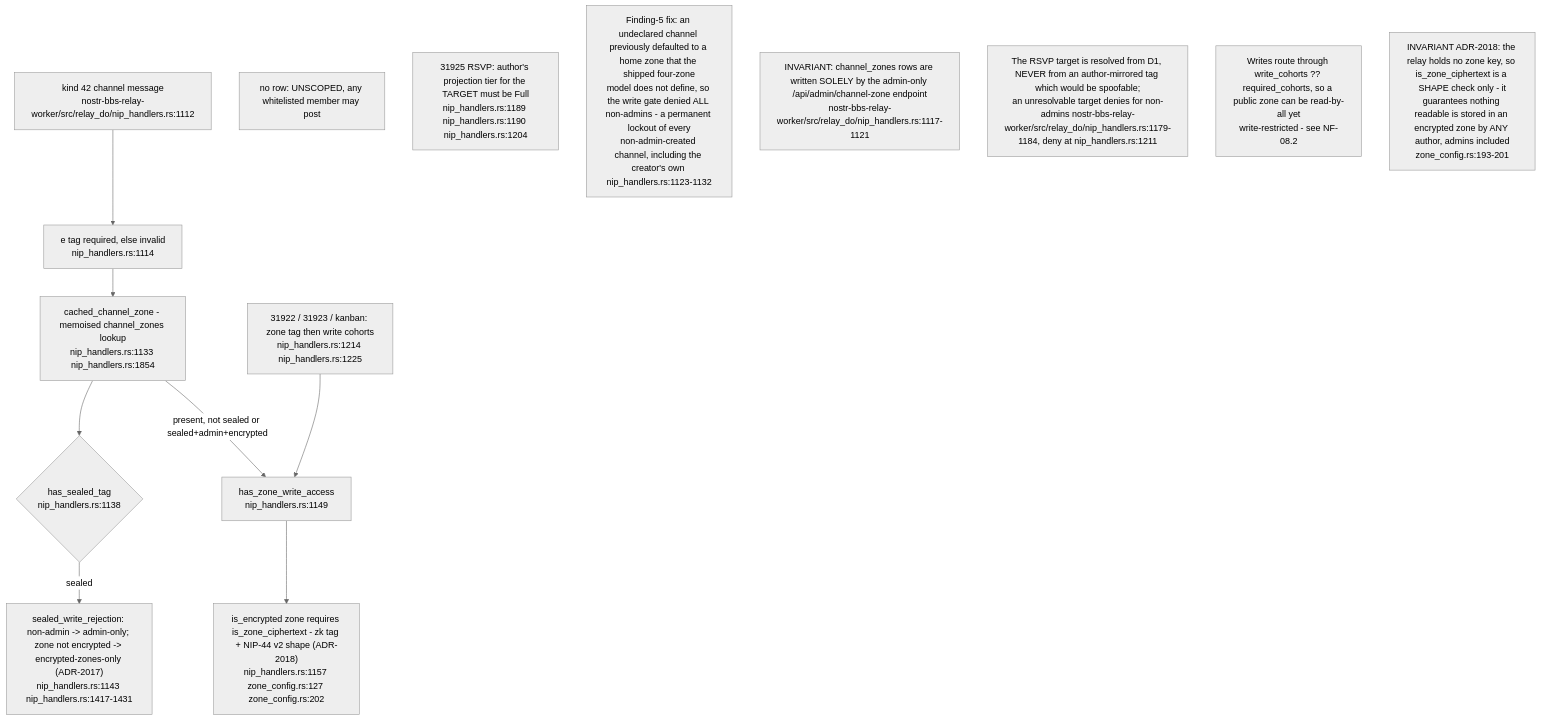
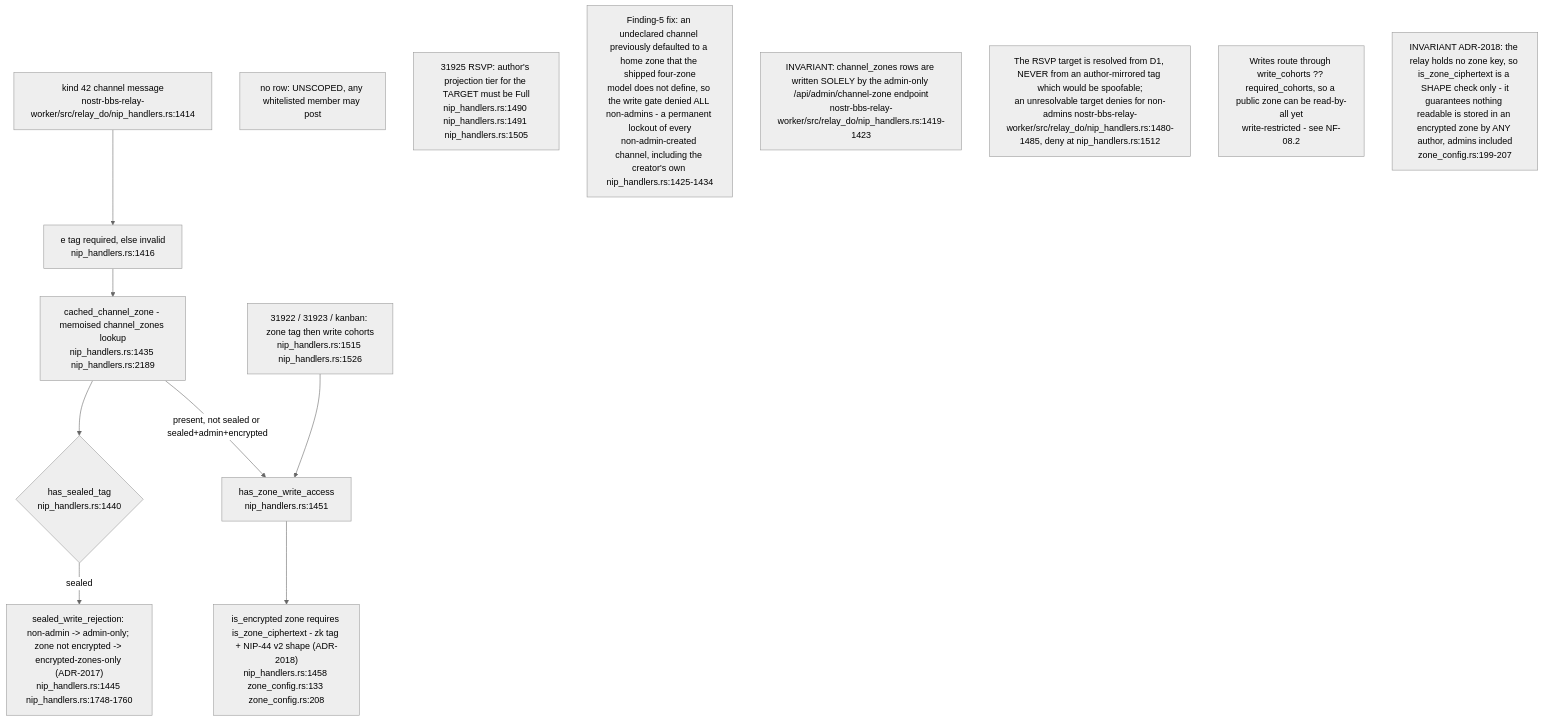
Diagram 12 of 14 in docs/diagrams/nostr-rust-forum/03-relay-worker-admission-auth-and-trust.md (DreamLab-AI/VisionFlow), drawn with Mermaid (neutral theme) before and after one commit. The commit also changed other lines of this file and 160 other files, not shown here.

````diff
--- a/docs/diagrams/nostr-rust-forum/03-relay-worker-admission-auth-and-trust.md
+++ b/docs/diagrams/nostr-rust-forum/03-relay-worker-admission-auth-and-trust.md
@@ -335,26 +351,26 @@
 ```mermaid
 flowchart TB
-    K42["kind 42 channel message<br/>nostr-bbs-relay-worker/src/relay_do/nip_handlers.rs:1112"]
-    ETAG["e tag required, else invalid<br/>nip_handlers.rs:1114"]
-    CZ["cached_channel_zone - memoised channel_zones lookup<br/>nip_handlers.rs:1133 nip_handlers.rs:1854"]
-    SEALED{"has_sealed_tag<br/>nip_handlers.rs:1138"}
-    SREJ["sealed_write_rejection: non-admin -> admin-only; zone not encrypted -> encrypted-zones-only (ADR-2017)<br/>nip_handlers.rs:1143 nip_handlers.rs:1417-1431"]
+    K42["kind 42 channel message<br/>nostr-bbs-relay-worker/src/relay_do/nip_handlers.rs:1414"]
+    ETAG["e tag required, else invalid<br/>nip_handlers.rs:1416"]
+    CZ["cached_channel_zone - memoised channel_zones lookup<br/>nip_handlers.rs:1435 nip_handlers.rs:2189"]
+    SEALED{"has_sealed_tag<br/>nip_handlers.rs:1440"}
+    SREJ["sealed_write_rejection: non-admin -> admin-only; zone not encrypted -> encrypted-zones-only (ADR-2017)<br/>nip_handlers.rs:1445 nip_handlers.rs:1748-1760"]
     UNSCOPED["no row: UNSCOPED, any whitelisted member may post"]
-    WGATE["has_zone_write_access<br/>nip_handlers.rs:1149"]
-    CIPHER["is_encrypted zone requires is_zone_ciphertext - zk tag + NIP-44 v2 shape (ADR-2018)<br/>nip_handlers.rs:1157 zone_config.rs:127 zone_config.rs:202"]
-    CAL["31922 / 31923 / kanban: zone tag then write cohorts<br/>nip_handlers.rs:1214 nip_handlers.rs:1225"]
-    RSVP["31925 RSVP: author's projection tier for the TARGET must be Full<br/>nip_handlers.rs:1189 nip_handlers.rs:1190 nip_handlers.rs:1204"]
+    WGATE["has_zone_write_access<br/>nip_handlers.rs:1451"]
+    CIPHER["is_encrypted zone requires is_zone_ciphertext - zk tag + NIP-44 v2 shape (ADR-2018)<br/>nip_handlers.rs:1458 zone_config.rs:133 zone_config.rs:208"]
+    CAL["31922 / 31923 / kanban: zone tag then write cohorts<br/>nip_handlers.rs:1515 nip_handlers.rs:1526"]
+    RSVP["31925 RSVP: author's projection tier for the TARGET must be Full<br/>nip_handlers.rs:1490 nip_handlers.rs:1491 nip_handlers.rs:1505"]
 
     K42 --> ETAG --> CZ
     CZ --> SEALED
     SEALED -->|"sealed"| SREJ
     CZ -->|"present, not sealed or sealed+admin+encrypted"| WGATE
     WGATE --> CIPHER
     CAL --> WGATE
 
-    N1["Finding-5 fix: an undeclared channel previously defaulted to a home zone that the shipped four-zone<br/>model does not define, so the write gate denied ALL non-admins - a permanent lockout of every<br/>non-admin-created channel, including the creator's own nip_handlers.rs:1123-1132"]
-    N2["INVARIANT: channel_zones rows are written SOLELY by the admin-only /api/admin/channel-zone endpoint<br/>nostr-bbs-relay-worker/src/relay_do/nip_handlers.rs:1117-1121"]
-    N3["The RSVP target is resolved from D1, NEVER from an author-mirrored tag which would be spoofable;<br/>an unresolvable target denies for non-admins nostr-bbs-relay-worker/src/relay_do/nip_handlers.rs:1179-1184, deny at nip_handlers.rs:1211"]
+    N1["Finding-5 fix: an undeclared channel previously defaulted to a home zone that the shipped four-zone<br/>model does not define, so the write gate denied ALL non-admins - a permanent lockout of every<br/>non-admin-created channel, including the creator's own nip_handlers.rs:1425-1434"]
+    N2["INVARIANT: channel_zones rows are written SOLELY by the admin-only /api/admin/channel-zone endpoint<br/>nostr-bbs-relay-worker/src/relay_do/nip_handlers.rs:1419-1423"]
+    N3["The RSVP target is resolved from D1, NEVER from an author-mirrored tag which would be spoofable;<br/>an unresolvable target denies for non-admins nostr-bbs-relay-worker/src/relay_do/nip_handlers.rs:1480-1485, deny at nip_handlers.rs:1512"]
     N4["Writes route through write_cohorts ?? required_cohorts, so a public zone can be read-by-all yet<br/>write-restricted - see NF-08.2"]
-    N5["INVARIANT ADR-2018: the relay holds no zone key, so is_zone_ciphertext is a SHAPE check only - it<br/>guarantees nothing readable is stored in an encrypted zone by ANY author, admins included<br/>zone_config.rs:193-201"]
+    N5["INVARIANT ADR-2018: the relay holds no zone key, so is_zone_ciphertext is a SHAPE check only - it<br/>guarantees nothing readable is stored in an encrypted zone by ANY author, admins included<br/>zone_config.rs:199-207"]
 ```
````
